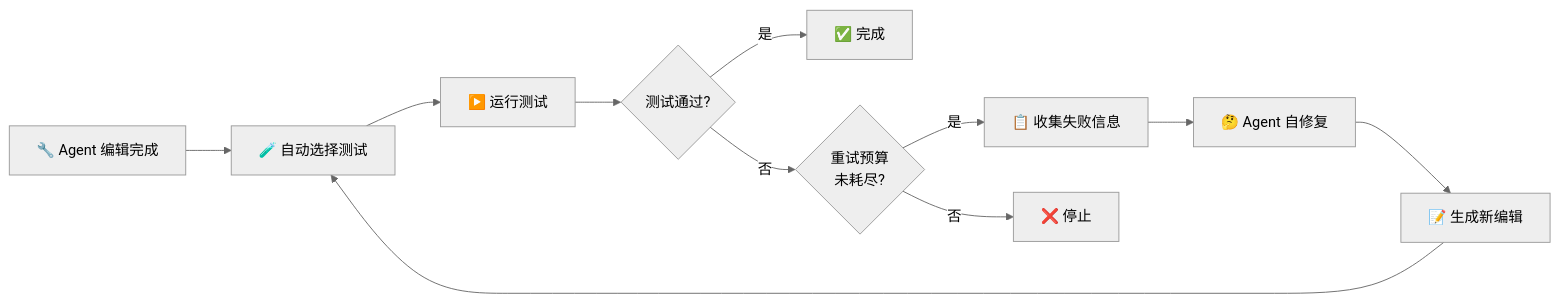
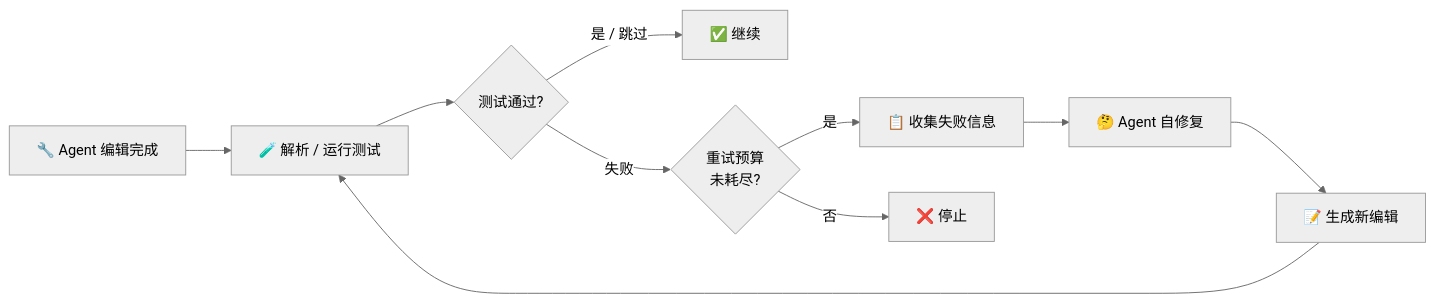
One commit to NumarAI/numar-releases changed the third of 3 diagrams in README.zh-CN.md. Above: the diagram before and after it, drawn with Mermaid (neutral theme). The commit also changed other lines of this file and 1 other file, not shown here.

First line of the commit message:
docs: refresh README for Agent Workflow, SO Mode, and Compile/Test

````diff
--- a/README.zh-CN.md
+++ b/README.zh-CN.md
@@ -227,13 +260,12 @@
 ```mermaid
 graph LR
-    A["🔧 Agent 编辑完成"] --> B["🧪 自动选择测试"]
-    B --> C["▶️ 运行测试"]
-    C --> D{测试通过?}
-    D -->|是| E["✅ 完成"]
-    D -->|否| F{重试预算<br/>未耗尽?}
+    A["🔧 Agent 编辑完成"] --> B["🧪 解析 / 运行测试"]
+    B --> C{测试通过?}
+    C -->|是 / 跳过| E["✅ 继续"]
+    C -->|失败| F{重试预算<br/>未耗尽?}
     F -->|是| G["📋 收集失败信息"]
     G --> H["🤔 Agent 自修复"]
     H --> I["📝 生成新编辑"]
     I --> B
     F -->|否| J["❌ 停止"]
 ```
````
